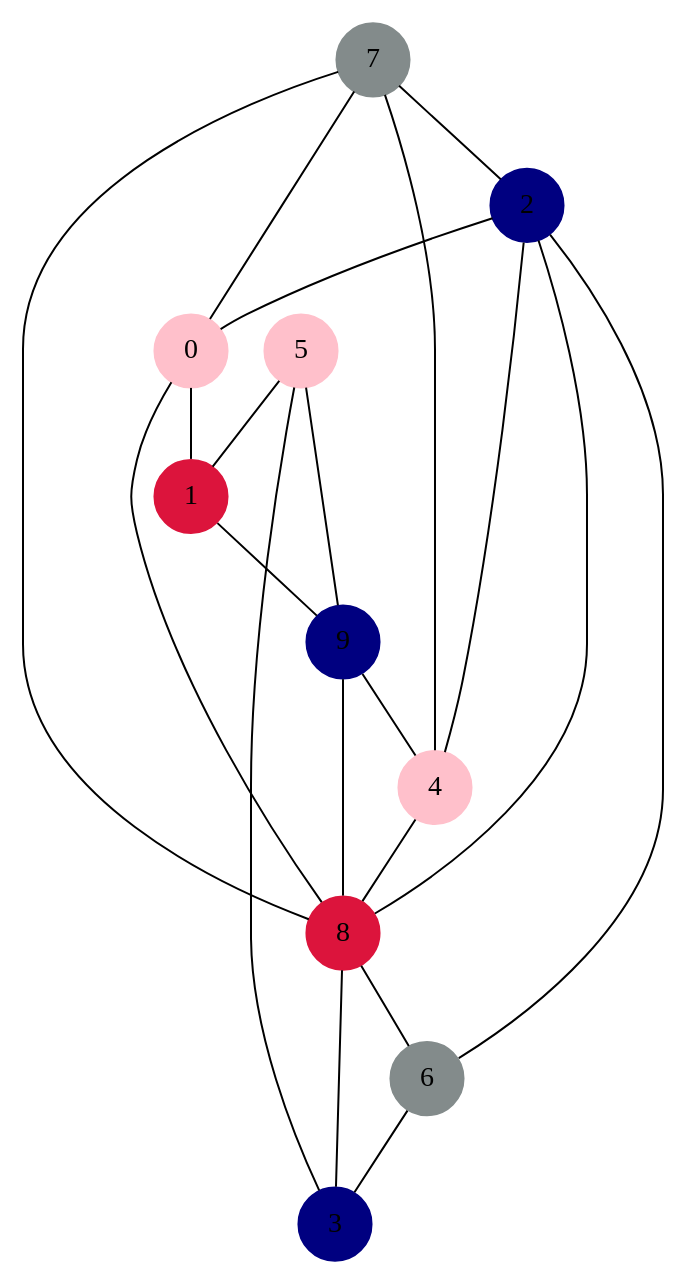
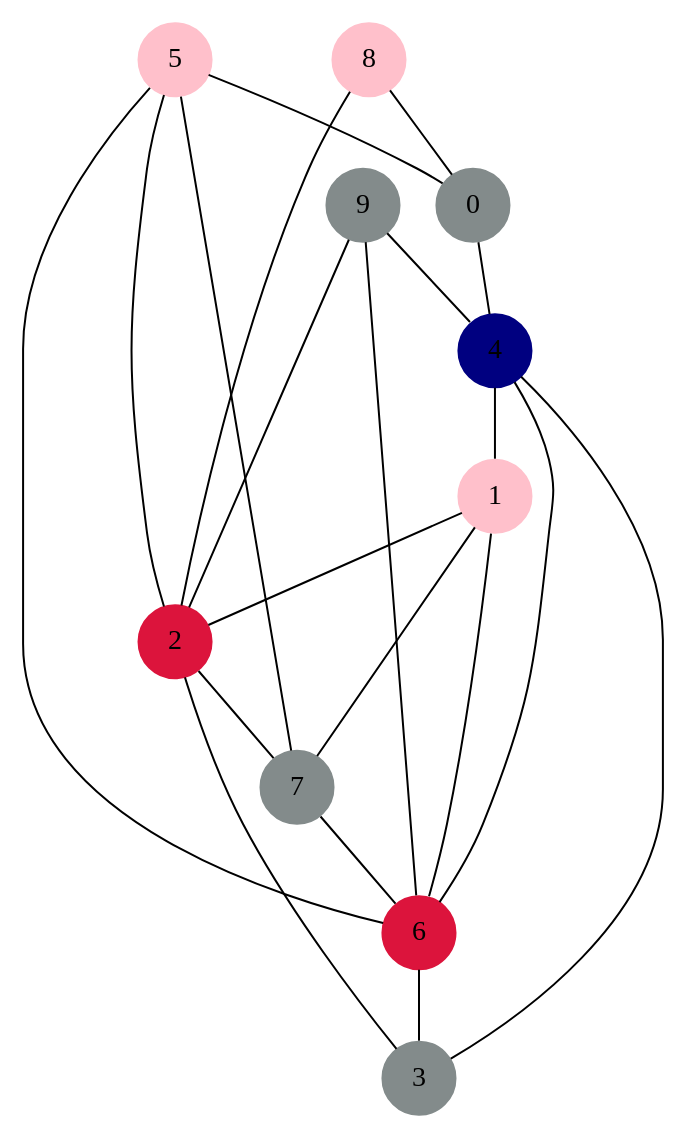
Before and after one commit to zakoo20122/gceda: the diagram in ts.dot, drawn with Graphviz. The commit also changed 7 other files, not shown here.

```diff
--- a/ts.dot
+++ b/ts.dot
@@ -1,33 +1,33 @@
 graph G { 
 graph [splines = true] node [height=0.4 shape=circle style=filled]
-3 [ color= navyblue] ;
-2 [ color= navyblue] ;
-1 [ color= crimson] ;
-0 [ color= pink] ;
+3 [ color= azure4] ;
+2 [ color= crimson] ;
+1 [ color= pink] ;
+0 [ color= azure4] ;
 7 [ color= azure4] ;
-6 [ color= azure4] ;
+6 [ color= crimson] ;
 5 [ color= pink] ;
-4 [ color= pink] ;
-9 [ color= navyblue] ;
-8 [ color= crimson] ;
-2 -- 4;
-2 -- 0;
-2 -- 6;
-2 -- 8;
-1 -- 9;
-0 -- 8;
-0 -- 1;
-7 -- 8;
-7 -- 0;
-7 -- 2;
-7 -- 4;
+4 [ color= navyblue] ;
+9 [ color= azure4] ;
+8 [ color= pink] ;
+2 -- 7;
+2 -- 3;
+1 -- 2;
+1 -- 7;
+1 -- 6;
+0 -- 4;
+7 -- 6;
 6 -- 3;
-5 -- 9;
-5 -- 3;
-5 -- 1;
-4 -- 8;
+5 -- 0;
+5 -- 2;
+5 -- 6;
+5 -- 7;
+4 -- 3;
+4 -- 6;
+4 -- 1;
+9 -- 2;
 9 -- 4;
-9 -- 8;
-8 -- 6;
-8 -- 3;
+9 -- 6;
+8 -- 0;
+8 -- 2;
 }
```
